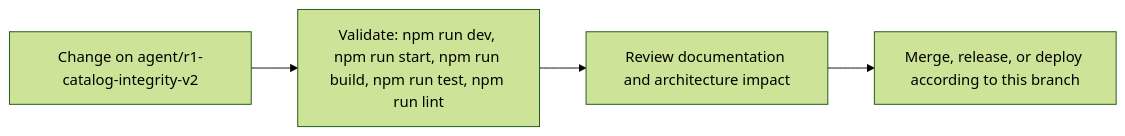
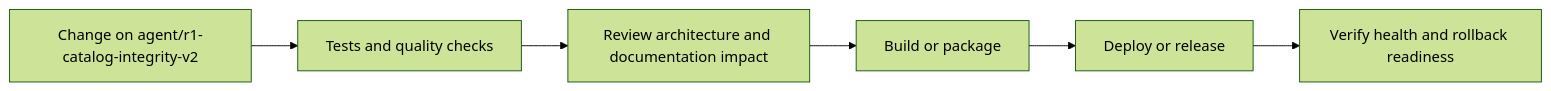
One commit to Nischhalsubba/BindForge-NW changed the fourth of 5 diagrams in README.md. Above: the diagram before and after it, drawn with Mermaid (forest theme). The commit also changed other lines of this file, not shown here.

````diff
--- a/README.md
+++ b/README.md
@@ -80,8 +163,8 @@
 ```mermaid
 flowchart LR
-    CHANGE["Change on agent/r1-catalog-integrity-v2"]
-    CHECK["Validate: npm run dev, npm run start, npm run build, npm run test, npm run lint"]
-    REVIEW["Review documentation and architecture impact"]
-    RELEASE["Merge, release, or deploy according to this branch"]
-    CHANGE --> CHECK --> REVIEW --> RELEASE
+    CHANGE["Change on agent/r1-catalog-integrity-v2"] --> CHECK["Tests and quality checks"]
+    CHECK --> REVIEW["Review architecture and documentation impact"]
+    REVIEW --> BUILD["Build or package"]
+    BUILD --> DEPLOY["Deploy or release"]
+    DEPLOY --> VERIFY["Verify health and rollback readiness"]
 ```
````
